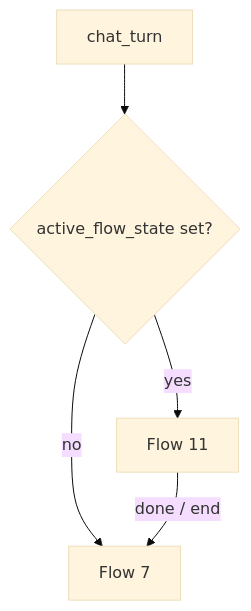
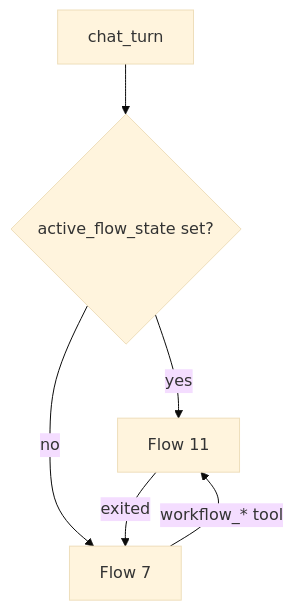
One commit to shehan-jayasinghe/bot-builder changed the sixth of 6 diagrams in backend/document/chat/04-workflow-runtime-at-chat-diagrams.md. Above: the diagram before and after it, drawn with Mermaid (base theme). The commit also changed other lines of this file and 18 other files, not shown here.

````diff
--- a/backend/document/chat/04-workflow-runtime-at-chat-diagrams.md
+++ b/backend/document/chat/04-workflow-runtime-at-chat-diagrams.md
@@ -192,8 +192,9 @@
 ```mermaid
 flowchart TB
     START[chat_turn]
     START --> MODE{active_flow_state set?}
     MODE -->|yes| F11[Flow 11]
     MODE -->|no| F7[Flow 7]
-    F11 -->|done / end| F7
+    F7 -->|workflow_* tool| F11
+    F11 -->|exited| F7
 ```
````
